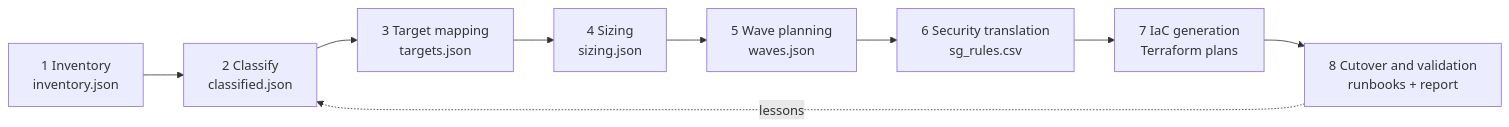
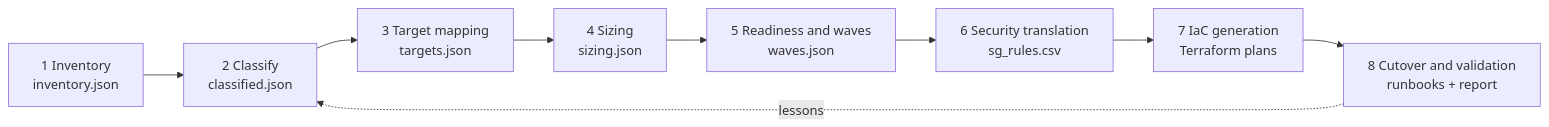
The diagram in README.md (praf-systems/vmware-exit-playbook), drawn with Mermaid before and after one commit. The commit also changed other lines of this file and 20 other files, not shown here.

````diff
--- a/README.md
+++ b/README.md
@@ -20,11 +20,11 @@
 ```mermaid
 flowchart LR
     A[1 Inventory<br/>inventory.json] --> B[2 Classify<br/>classified.json]
     B --> C[3 Target mapping<br/>targets.json]
     C --> D[4 Sizing<br/>sizing.json]
-    D --> E[5 Wave planning<br/>waves.json]
+    D --> E[5 Readiness and waves<br/>waves.json]
     E --> F[6 Security translation<br/>sg_rules.csv]
     F --> G[7 IaC generation<br/>Terraform plans]
     G --> H[8 Cutover and validation<br/>runbooks + report]
     H -. lessons .-> B
 ```
````
